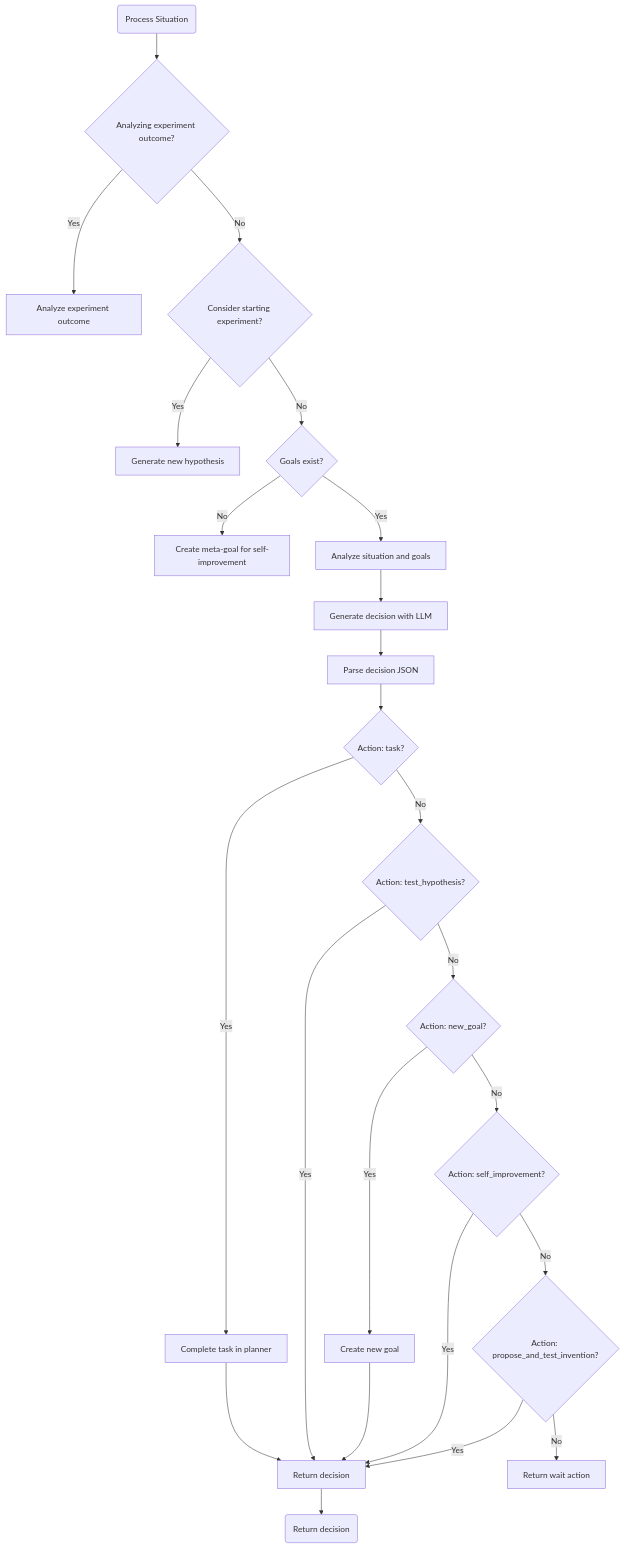
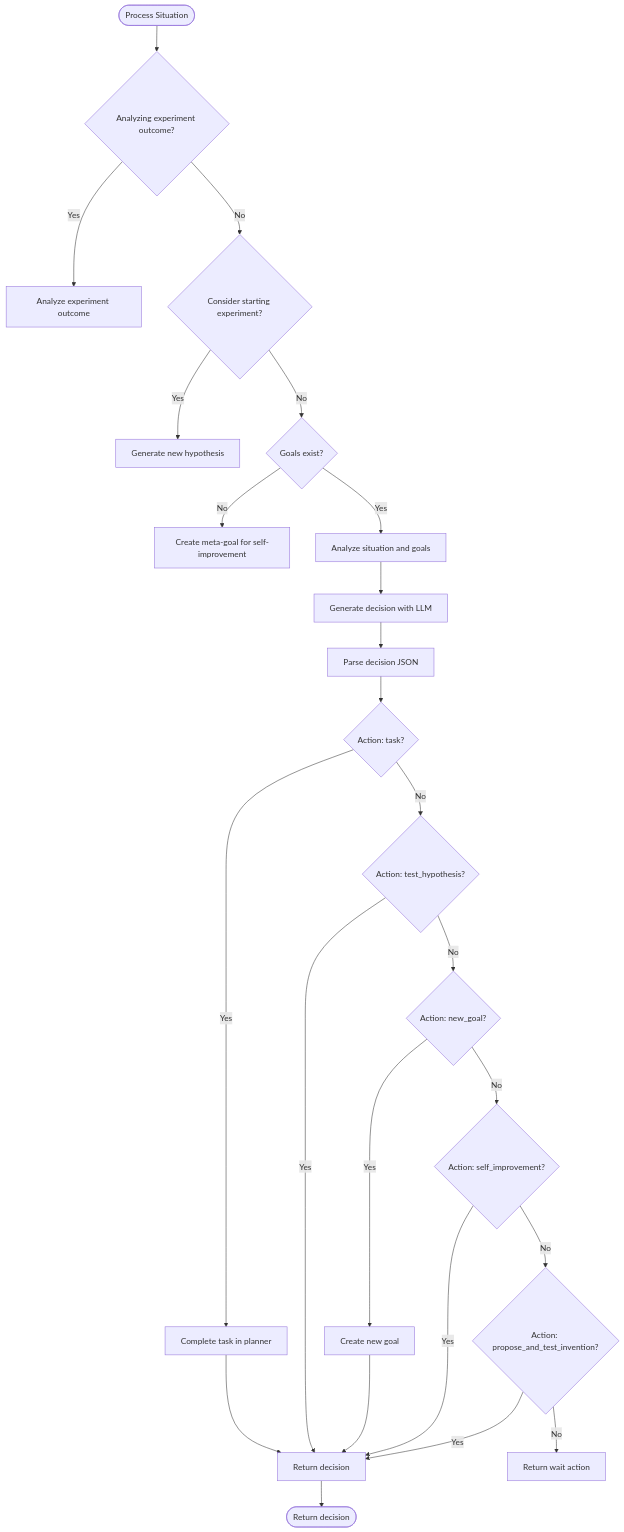
One commit to Likhithsai2580/RAVANA-WIKI changed the fourth of 10 diagrams in docs/Architecture & Design/Data Flow and Lifecycle.md. Above: the diagram before and after it, drawn with Mermaid. The commit also changed other lines of this file and 78 other files, not shown here.

````diff
--- a/docs/Architecture & Design/Data Flow and Lifecycle.md
+++ b/docs/Architecture & Design/Data Flow and Lifecycle.md
@@ -177,27 +174,26 @@
 ```mermaid
 flowchart TD
-Start("Process Situation") --> CheckExperiment{"Analyzing experiment outcome?"}
+Start([Process Situation]) --> CheckExperiment{"Analyzing experiment outcome?"}
 CheckExperiment --> |Yes| AnalyzeOutcome[Analyze experiment outcome]
 CheckExperiment --> |No| ConsiderExperiment{"Consider starting experiment?"}
 ConsiderExperiment --> |Yes| GenerateHypothesis[Generate new hypothesis]
 ConsiderExperiment --> |No| CheckGoals{"Goals exist?"}
 CheckGoals --> |No| CreateMetaGoal[Create meta-goal for self-improvement]
 CheckGoals --> |Yes| AnalyzeSituation[Analyze situation and goals]
 AnalyzeSituation --> GenerateDecision[Generate decision with LLM]
 GenerateDecision --> ParseDecision[Parse decision JSON]
 ParseDecision --> ExecuteTask{"Action: task?"}
 ExecuteTask --> |Yes| CompleteTask[Complete task in planner]
 ExecuteTask --> |No| TestHypothesis{"Action: test_hypothesis?"}
 TestHypothesis --> |Yes| ReturnDecision[Return decision]
 TestHypothesis --> |No| NewGoal{"Action: new_goal?"}
 NewGoal --> |Yes| CreateNewGoal[Create new goal]
 NewGoal --> |No| SelfImprovement{"Action: self_improvement?"}
 SelfImprovement --> |Yes| ReturnDecision
 SelfImprovement --> |No| ProposeInvention{"Action: propose_and_test_invention?"}
 ProposeInvention --> |Yes| ReturnDecision
 ProposeInvention --> |No| Wait[Return wait action]
 CompleteTask --> ReturnDecision
 CreateNewGoal --> ReturnDecision
-ReturnDecision --> End("Return decision")
-
+ReturnDecision --> End([Return decision])
 ```
````
